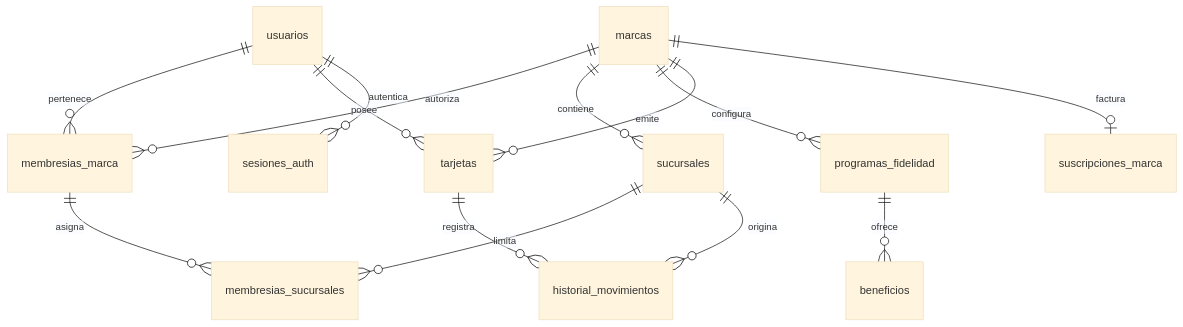
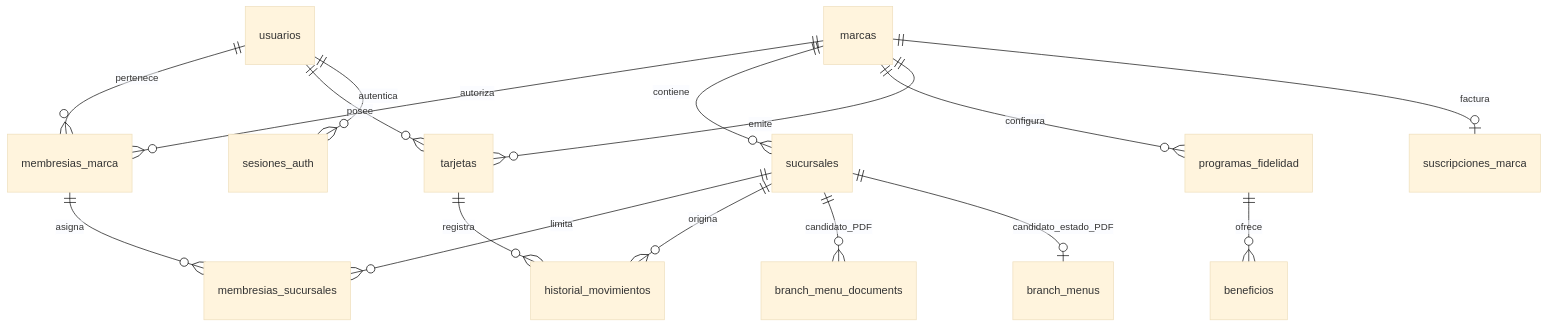
One commit to gagonzalez1/puntazo-docs changed the diagram in docs/data/01-current.md. Above: the diagram before and after it, drawn with Mermaid (base theme). The commit also changed other lines of this file and 16 other files, not shown here.

Commit message:
docs: document verified PDF menu V1 in testing

````diff
--- a/docs/data/01-current.md
+++ b/docs/data/01-current.md
@@ -21,16 +21,18 @@
 ```mermaid
 erDiagram
  usuarios ||--o{ membresias_marca : pertenece
  marcas ||--o{ membresias_marca : autoriza
  marcas ||--o{ sucursales : contiene
  membresias_marca ||--o{ membresias_sucursales : asigna
  sucursales ||--o{ membresias_sucursales : limita
  marcas ||--o{ programas_fidelidad : configura
  programas_fidelidad ||--o{ beneficios : ofrece
  usuarios ||--o{ tarjetas : posee
  marcas ||--o{ tarjetas : emite
  tarjetas ||--o{ historial_movimientos : registra
  sucursales ||--o{ historial_movimientos : origina
  marcas ||--o| suscripciones_marca : factura
  usuarios ||--o{ sesiones_auth : autentica
+ sucursales ||--o{ branch_menu_documents : candidato_PDF
+ sucursales ||--o| branch_menus : candidato_estado_PDF
 ```
````
